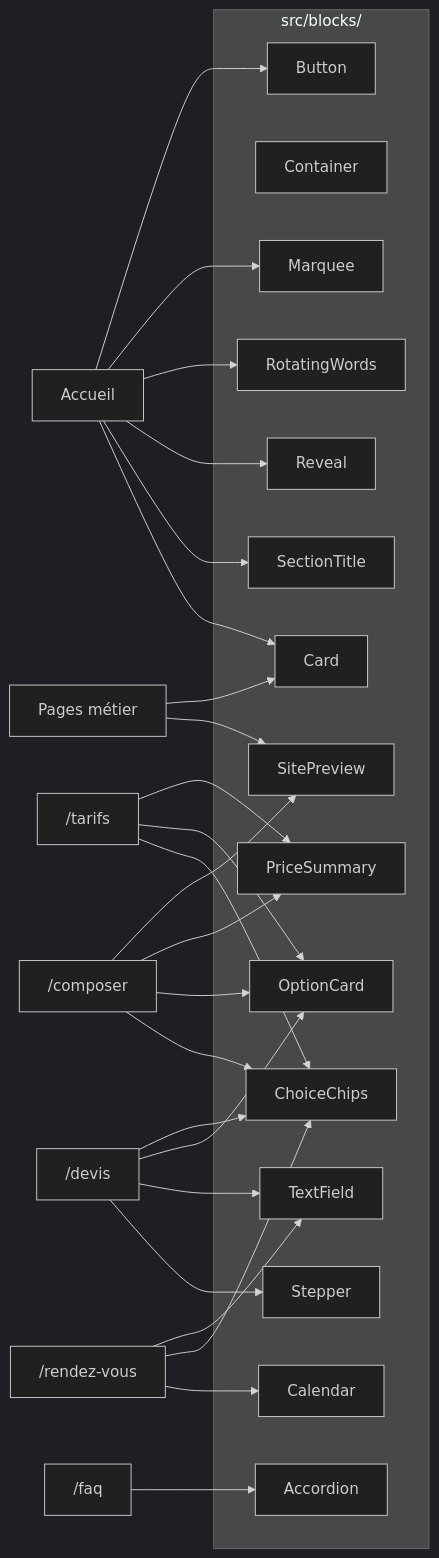
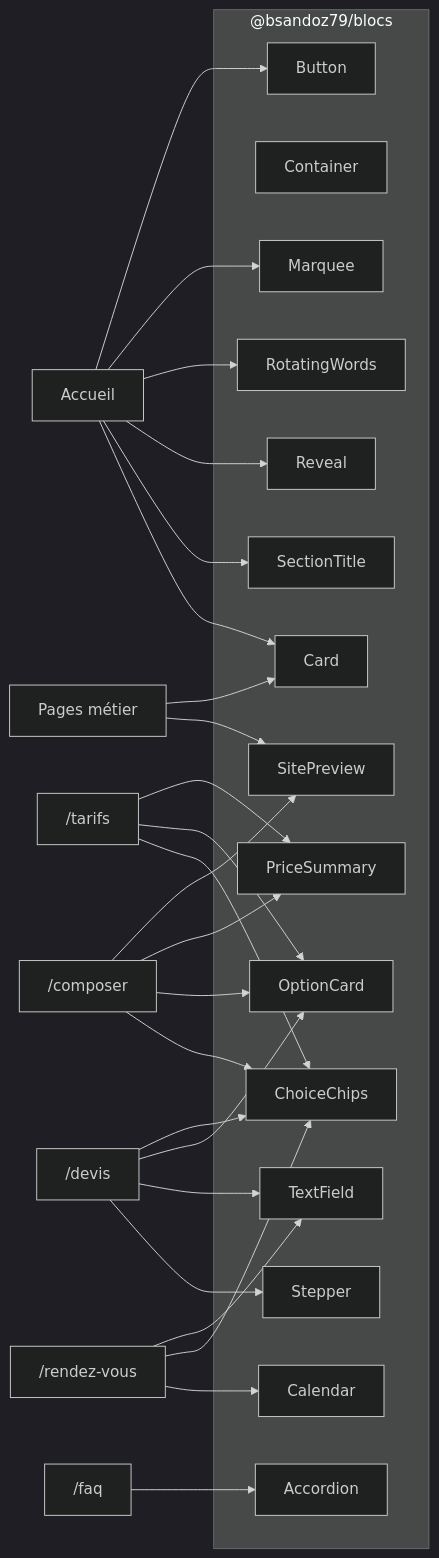
Before and after one commit to bsandoz79/bsandoz-site: the second of 2 diagrams in docs/fonctionnalites/blocs.md, drawn with Mermaid (dark theme). The commit also changed other lines of this file and 7 other files, not shown here.

````diff
--- a/docs/fonctionnalites/blocs.md
+++ b/docs/fonctionnalites/blocs.md
@@ -7,14 +20,14 @@
 ```mermaid
 flowchart LR
-  subgraph Blocs["src/blocks/"]
+  subgraph Blocs["@bsandoz79/blocs"]
     Button; Container; Card; SectionTitle; Reveal; RotatingWords; Marquee
     ChoiceChips; OptionCard; PriceSummary; SitePreview; Stepper; TextField; Accordion; Calendar
   end
   Home["Accueil"] --> Card & SectionTitle & Reveal & RotatingWords & Marquee & Button
   Composer["/composer"] --> ChoiceChips & OptionCard & PriceSummary & SitePreview
   Tarifs["/tarifs"] --> ChoiceChips & OptionCard & PriceSummary
   Devis["/devis"] --> Stepper & TextField & OptionCard & ChoiceChips
   RDV["/rendez-vous"] --> Calendar & ChoiceChips & TextField
   Faq["/faq"] --> Accordion
   Metier["Pages métier"] --> SitePreview & Card
 ```
````
